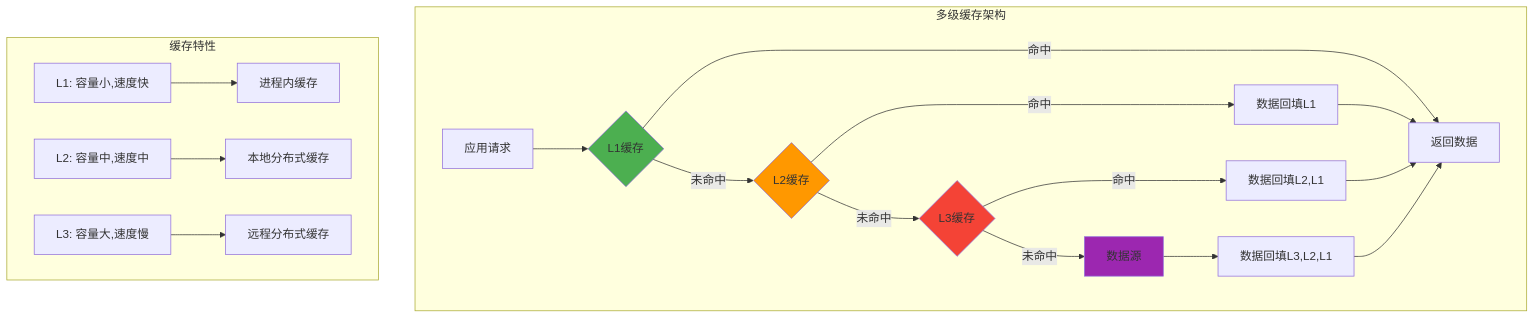
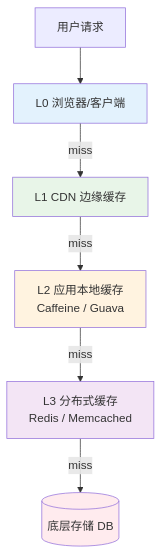
The third of 16 diagrams in 00.通用技术的提升/07.方案设计思想/卷二-数据与存储/07.缓存架构设计思想.md (chongyang211/YCBookBlog), drawn with Mermaid before and after one commit. The commit also changed other lines of this file and 44 other files, not shown here.

````diff
--- a/00.通用技术的提升/07.方案设计思想/卷二-数据与存储/07.缓存架构设计思想.md
+++ b/00.通用技术的提升/07.方案设计思想/卷二-数据与存储/07.缓存架构设计思想.md
@@ -196,31 +149,14 @@
 ```mermaid
 graph TB
-    subgraph "多级缓存架构"
-        A[应用请求] --> B{L1缓存}
-        B -->|命中| C[返回数据]
-        B -->|未命中| D{L2缓存}
-        
-        D -->|命中| E[数据回填L1]
-        D -->|未命中| F{L3缓存}
-        
-        F -->|命中| G[数据回填L2,L1]
-        F -->|未命中| H[数据源]
-        
-        H --> I[数据回填L3,L2,L1]
-        
-        E --> C
-        G --> C
-        I --> C
-    end
+    User[用户请求] --> Browser[L0 浏览器/客户端]
+    Browser -->|miss| CDN[L1 CDN 边缘缓存]
+    CDN -->|miss| Local[L2 应用本地缓存<br/>Caffeine / Guava]
+    Local -->|miss| Distributed[L3 分布式缓存<br/>Redis / Memcached]
+    Distributed -->|miss| DB[(底层存储 DB)]
     
-    subgraph "缓存特性"
-        J[L1: 容量小,速度快] --> J1[进程内缓存]
-        K[L2: 容量中,速度中] --> K1[本地分布式缓存]
-        L[L3: 容量大,速度慢] --> L1[远程分布式缓存]
-    end
-    
-    style B fill:#4caf50
-    style D fill:#ff9800
-    style F fill:#f44336
-    style H fill:#9c27b0
+    style Browser fill:#e3f2fd
+    style CDN fill:#e8f5e8
+    style Local fill:#fff3e0
+    style Distributed fill:#f3e5f5
+    style DB fill:#ffebee
 ```
````
